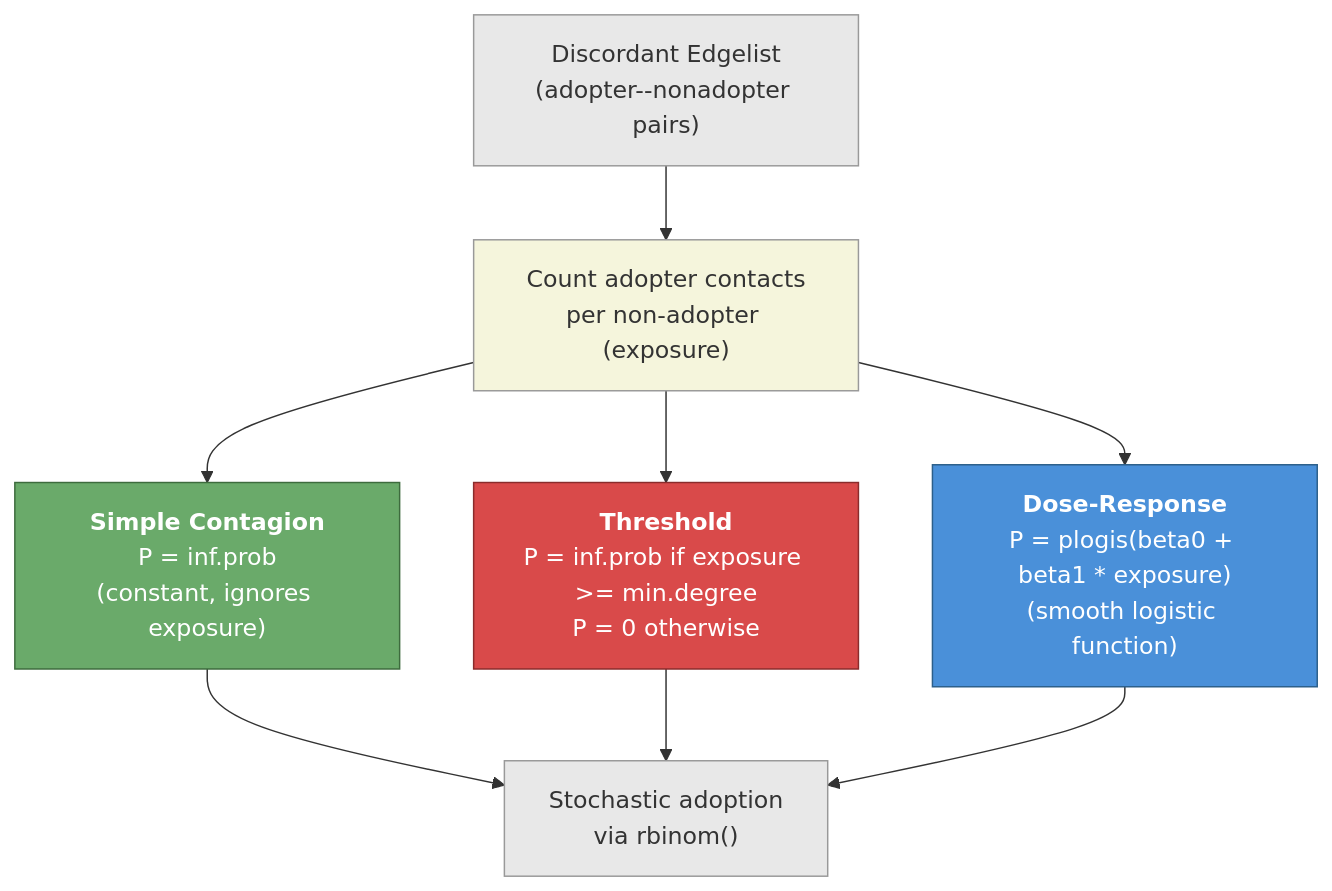
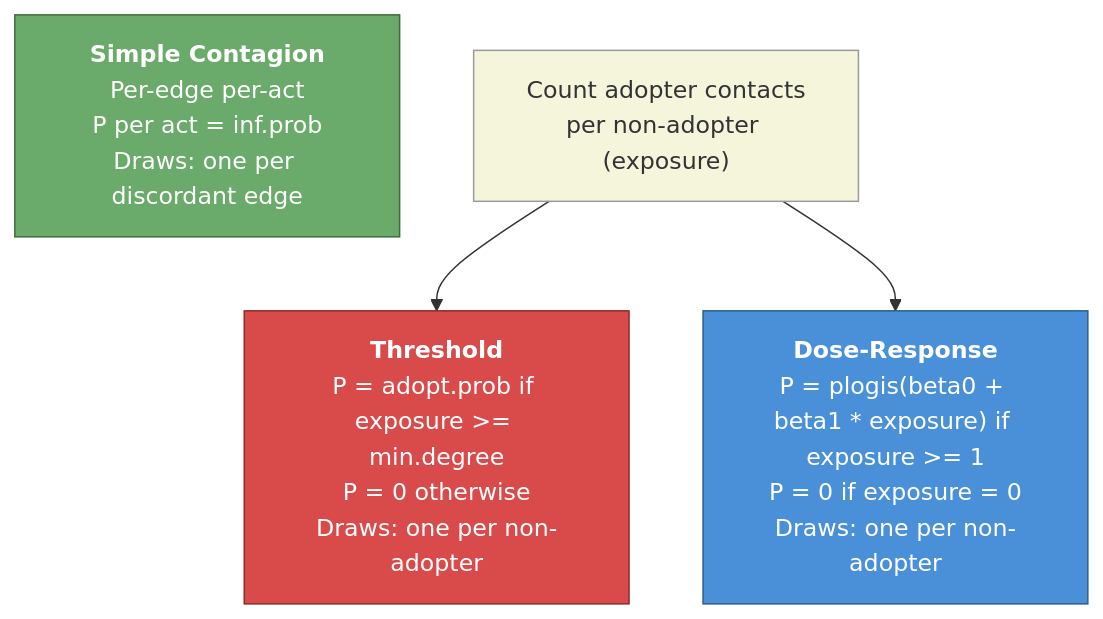
The second of 2 diagrams in examples/social-diffusion/index.qmd (EpiModel/EpiModel-Gallery), drawn with Mermaid before and after one commit. The commit also changed other lines of this file and 3 other files, not shown here.

````diff
--- a/examples/social-diffusion/index.qmd
+++ b/examples/social-diffusion/index.qmd
@@ -51,21 +57,17 @@
 ```{mermaid}
 %%| echo: false
-%%| fig-cap: "Adoption probability calculation by mechanism. All three start from the same discordant edgelist but compute adoption probability differently."
+%%| fig-cap: "Adoption hazard by mechanism. Simple contagion fires Bernoulli draws on the discordant edgelist (per-edge per-act). Threshold and dose-response compute one adoption probability per non-adopter from their exposure count, then draw once."
 graph TD
-    DEL["Discordant Edgelist<br/>(adopter--nonadopter pairs)"] --> COUNT["Count adopter contacts<br/>per non-adopter (exposure)"]
+    SIMPLE["<b>Simple Contagion</b><br/>Per-edge per-act<br/>P per act = inf.prob<br/>Draws: one per discordant edge"]
+    EXP["Count adopter contacts<br/>per non-adopter (exposure)"]
+    T["<b>Threshold</b><br/>P = adopt.prob if exposure >= min.degree<br/>P = 0 otherwise<br/>Draws: one per non-adopter"]
+    D["<b>Dose-Response</b><br/>P = plogis(beta0 + beta1 * exposure) if exposure >= 1<br/>P = 0 if exposure = 0<br/>Draws: one per non-adopter"]
 
-    COUNT --> S1["<b>Simple Contagion</b><br/>P = inf.prob<br/>(constant, ignores exposure)"]
-    COUNT --> S2["<b>Threshold</b><br/>P = inf.prob if exposure >= min.degree<br/>P = 0 otherwise"]
-    COUNT --> S3["<b>Dose-Response</b><br/>P = plogis(beta0 + beta1 * exposure)<br/>(smooth logistic function)"]
+    EXP --> T
+    EXP --> D
 
-    S1 --> ADOPT["Stochastic adoption<br/>via rbinom()"]
-    S2 --> ADOPT
-    S3 --> ADOPT
-
-    style DEL fill:#e8e8e8,stroke:#999
-    style COUNT fill:#f5f5dc,stroke:#999
-    style S1 fill:#6aaa6a,stroke:#3d6b3d,color:#fff
-    style S2 fill:#d94a4a,stroke:#8a2c2c,color:#fff
-    style S3 fill:#4a90d9,stroke:#2c5f8a,color:#fff
-    style ADOPT fill:#e8e8e8,stroke:#999
+    style SIMPLE fill:#6aaa6a,stroke:#3d6b3d,color:#fff
+    style EXP fill:#f5f5dc,stroke:#999
+    style T fill:#d94a4a,stroke:#8a2c2c,color:#fff
+    style D fill:#4a90d9,stroke:#2c5f8a,color:#fff
 ```
````
